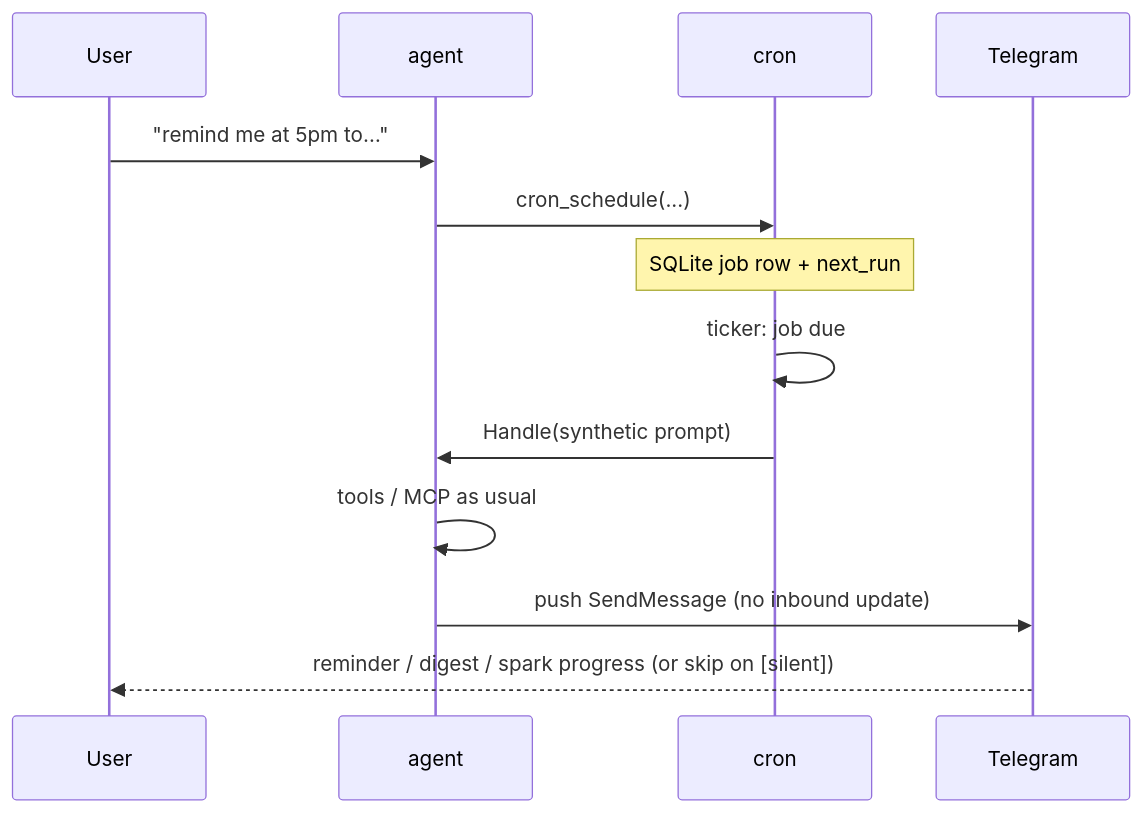
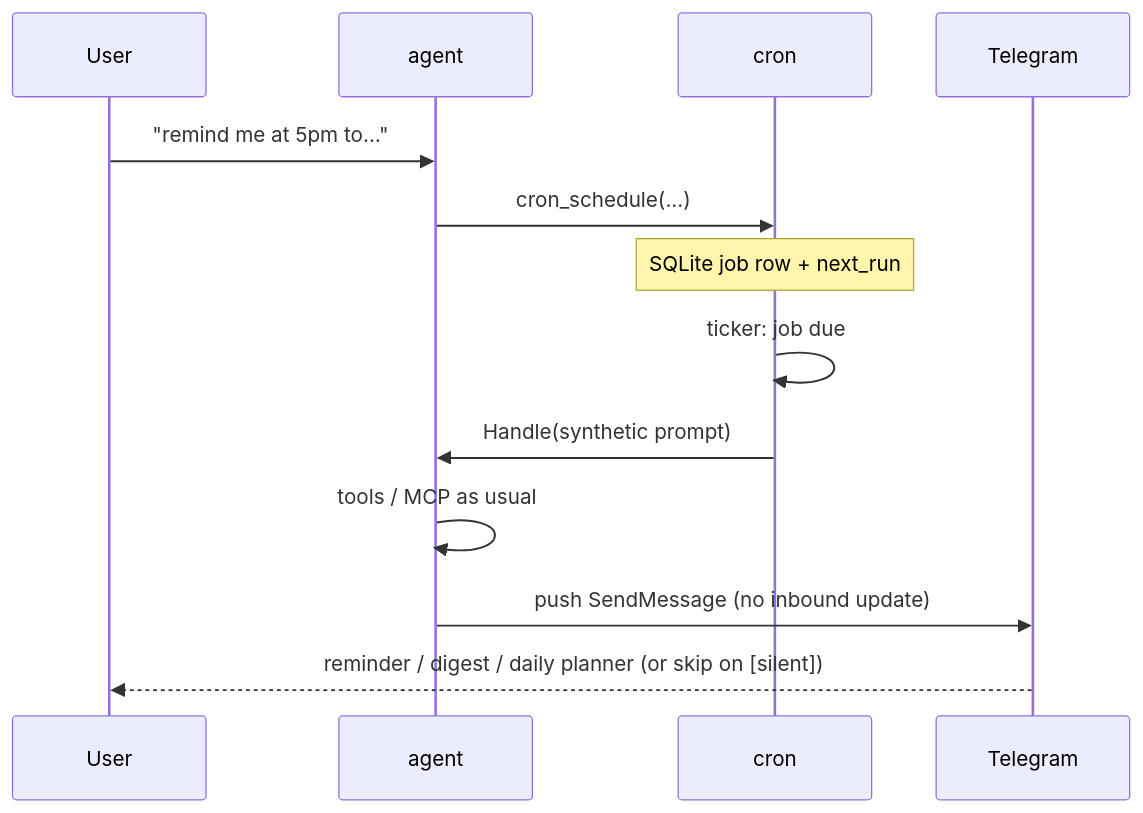
One commit to shotah/ai-gantry changed the sixth of 8 diagrams in docs/architecture.md. Above: the diagram before and after it, drawn with Mermaid. The commit also changed 80 other files, not shown here.

Commit message:
migrating away from spark of life to daily planner

````diff
--- a/docs/architecture.md
+++ b/docs/architecture.md
@@ -293,16 +293,16 @@
 ```mermaid
 sequenceDiagram
   participant U as User
   participant A as agent
   participant C as cron
   participant T as Telegram
 
   U->>A: "remind me at 5pm to…"
   A->>C: cron_schedule(...)
   Note over C: SQLite job row + next_run
   C->>C: ticker: job due
   C->>A: Handle(synthetic prompt)
   A->>A: tools / MCP as usual
   A->>T: push SendMessage (no inbound update)
-  T-->>U: reminder / digest / spark progress (or skip on [silent])
+  T-->>U: reminder / digest / daily planner (or skip on [silent])
 ```
````
